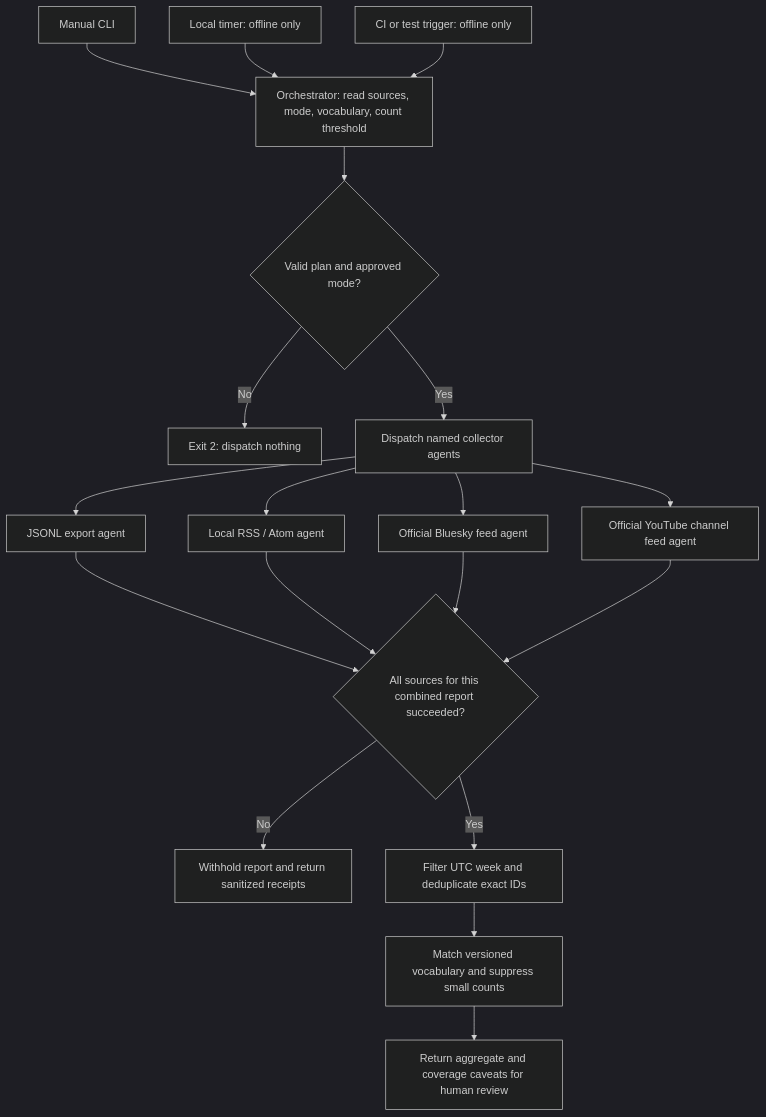
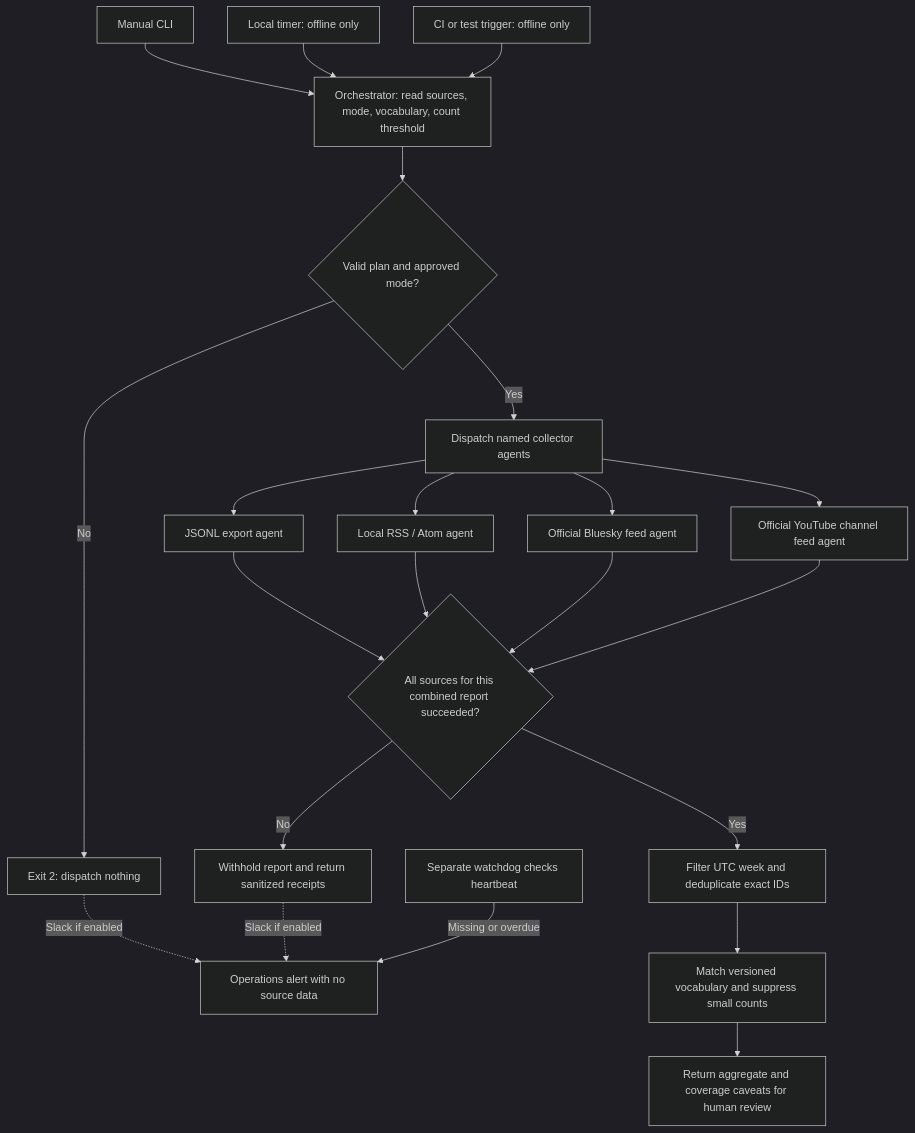
Before and after one commit to nikbearbrown/social-media-agent: the diagram in agents/README.md, drawn with Mermaid (dark theme). The commit also changed other lines of this file and 7 other files, not shown here.

Commit message:
Add opt-in Slack failure alerts and independent run watchdog

````diff
--- a/agents/README.md
+++ b/agents/README.md
@@ -5,21 +5,24 @@
 ```mermaid
 flowchart TD
     M["Manual CLI"] --> O["Orchestrator: read sources, mode, vocabulary, count threshold"]
     T["Local timer: offline only"] --> O
     I["CI or test trigger: offline only"] --> O
     O --> P{"Valid plan and approved mode?"}
     P -- No --> E["Exit 2: dispatch nothing"]
     P -- Yes --> D["Dispatch named collector agents"]
     D --> J["JSONL export agent"]
     D --> R["Local RSS / Atom agent"]
     D --> B["Official Bluesky feed agent"]
     D --> Y["Official YouTube channel feed agent"]
     J --> Q{"All sources for this combined report succeeded?"}
     R --> Q
     B --> Q
     Y --> Q
     Q -- No --> F["Withhold report and return sanitized receipts"]
+    E -. "Slack if enabled" .-> A["Operations alert with no source data"]
+    F -. "Slack if enabled" .-> A
+    W["Separate watchdog checks heartbeat"] -- Missing or overdue --> A
     Q -- Yes --> N["Filter UTC week and deduplicate exact IDs"]
     N --> V["Match versioned vocabulary and suppress small counts"]
     V --> H["Return aggregate and coverage caveats for human review"]
 ```
````
